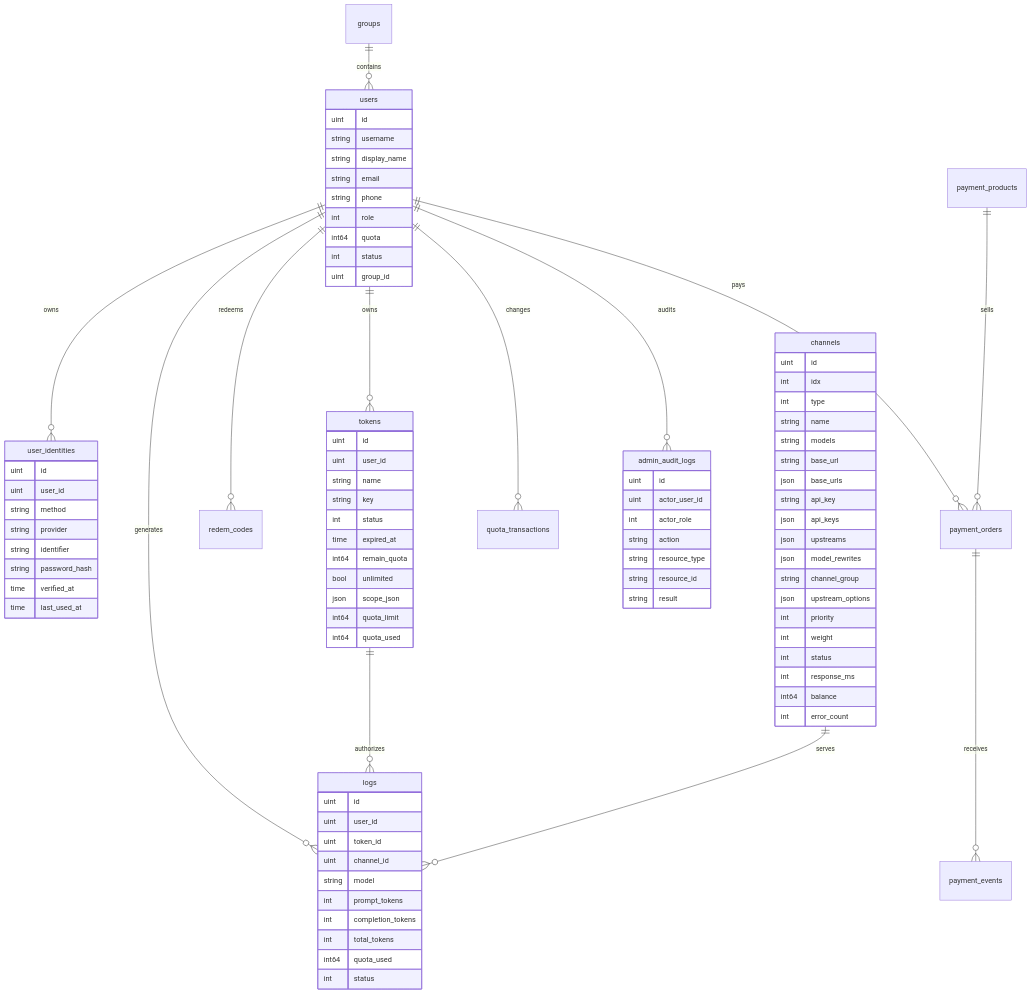
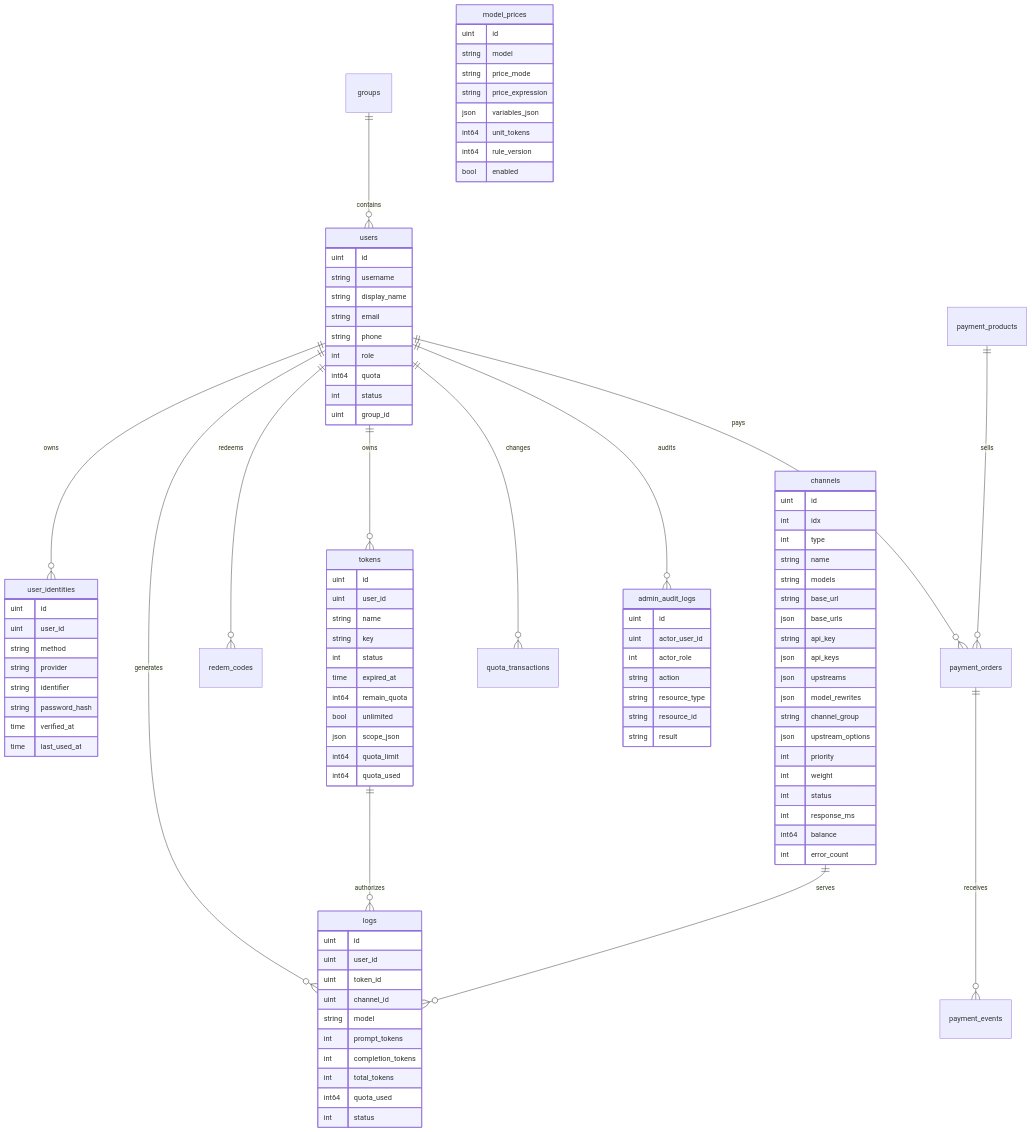
The diagram in docs/DATA_MODEL.md (jellyfish-p/RouterX), drawn with Mermaid before and after one commit. The commit also changed other lines of this file and 21 other files, not shown here.

Commit message:
feat: add model price management

````diff
--- a/docs/DATA_MODEL.md
+++ b/docs/DATA_MODEL.md
@@ -112,4 +112,15 @@
         string resource_id
         string result
     }
+
+    model_prices {
+        uint id
+        string model
+        string price_mode
+        string price_expression
+        json variables_json
+        int64 unit_tokens
+        int64 rule_version
+        bool enabled
+    }
 ```
````
